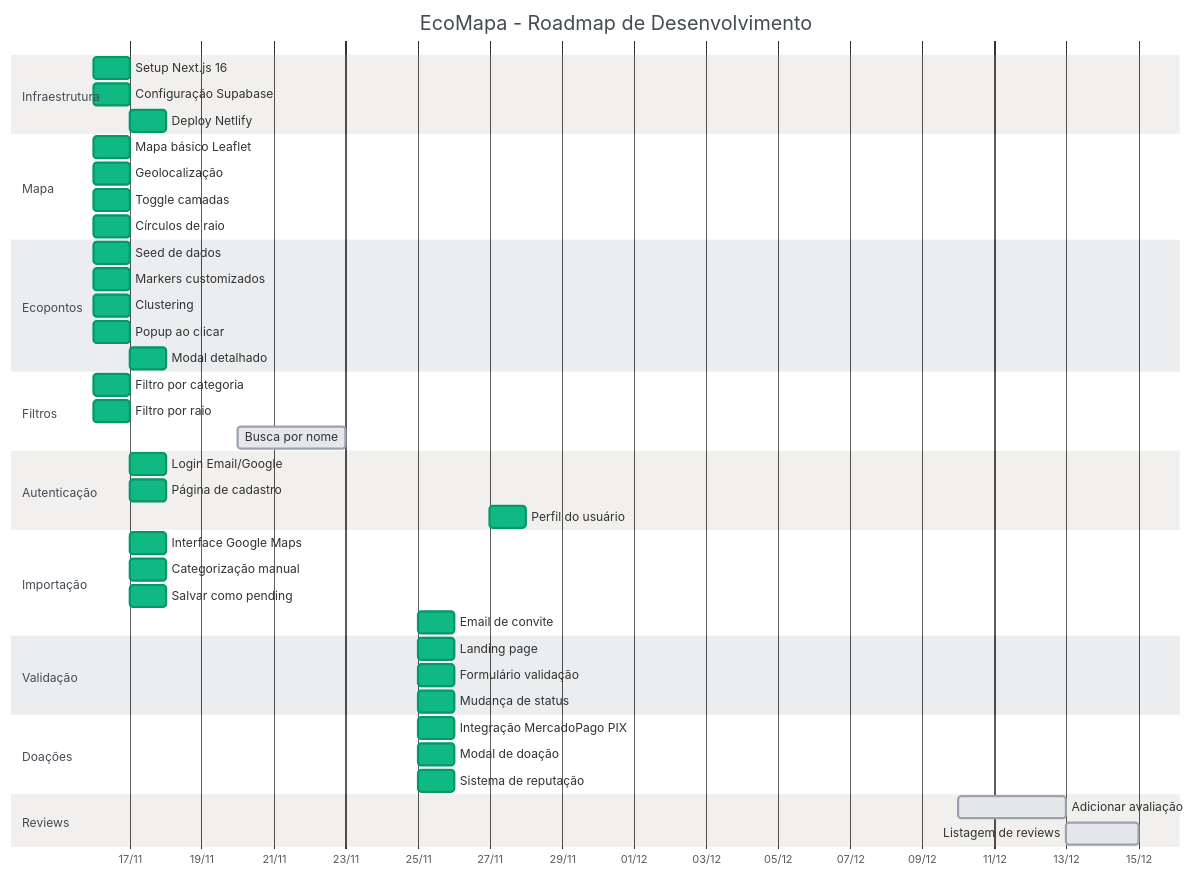
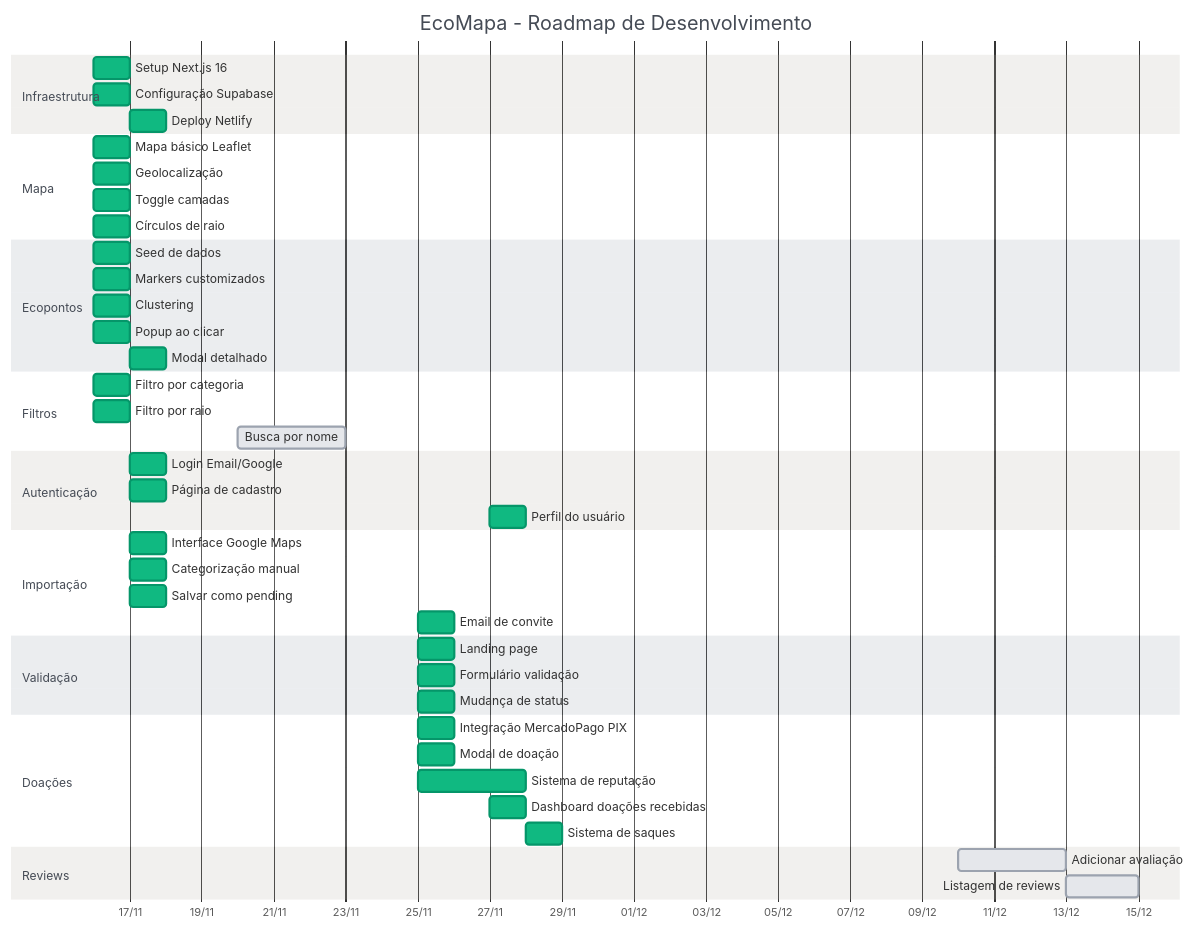
The diagram in TODO.md (julioholon/ecomapa), drawn with Mermaid before and after one commit. The commit also changed other lines of this file and 1 other file, not shown here.

````diff
--- a/TODO.md
+++ b/TODO.md
@@ -1633,67 +1648,69 @@
 ```mermaid
 %%{init: {
   'theme': 'base',
   'themeVariables': {
     'primaryColor': '#9ca3af',
     'primaryBorderColor': '#6b7280',
     'doneTaskBkgColor': '#10b981',
     'doneTaskBorderColor': '#059669',
     'activeTaskBkgColor': '#3b82f6',
     'activeTaskBorderColor': '#2563eb',
     'taskBkgColor': '#e5e7eb',
     'taskBorderColor': '#9ca3af'
   }
 }}%%
 gantt
     title EcoMapa - Roadmap de Desenvolvimento
     dateFormat  YYYY-MM-DD
     axisFormat %d/%m
 
     section Infraestrutura
     Setup Next.js 16           :done, infra1, 2024-11-16, 1d
     Configuração Supabase      :done, infra2, 2024-11-16, 1d
     Deploy Netlify             :done, infra3, 2024-11-17, 1d
 
     section Mapa
     Mapa básico Leaflet        :done, map1, 2024-11-16, 1d
     Geolocalização             :done, map2, 2024-11-16, 1d
     Toggle camadas             :done, map3, 2024-11-16, 1d
     Círculos de raio           :done, map4, 2024-11-16, 1d
 
     section Ecopontos
     Seed de dados              :done, point1, 2024-11-16, 1d
     Markers customizados       :done, point2, 2024-11-16, 1d
     Clustering                 :done, point3, 2024-11-16, 1d
     Popup ao clicar            :done, point4, 2024-11-16, 1d
     Modal detalhado            :done, point5, 2024-11-17, 1d
 
     section Filtros
     Filtro por categoria       :done, filter1, 2024-11-16, 1d
     Filtro por raio            :done, filter2, 2024-11-16, 1d
     Busca por nome             :filter3, 2024-11-20, 3d
 
     section Autenticação
     Login Email/Google         :done, auth1, 2024-11-17, 1d
     Página de cadastro         :done, auth2, 2024-11-17, 1d
     Perfil do usuário          :done, auth3, 2024-11-27, 1d
 
     section Importação
     Interface Google Maps      :done, import1, 2024-11-17, 1d
     Categorização manual       :done, import2, 2024-11-17, 1d
     Salvar como pending        :done, import3, 2024-11-17, 1d
     Email de convite           :done, import4, 2024-11-25, 1d
 
     section Validação
     Landing page               :done, valid1, 2024-11-25, 1d
     Formulário validação       :done, valid2, 2024-11-25, 1d
     Mudança de status          :done, valid3, 2024-11-25, 1d
 
     section Doações
     Integração MercadoPago PIX :done, donation1, 2024-11-25, 1d
     Modal de doação            :done, donation2, 2024-11-25, 1d
-    Sistema de reputação       :done, donation3, 2024-11-25, 1d
+    Sistema de reputação       :done, donation3, 2024-11-25, 3d
+    Dashboard doações recebidas:done, donation4, 2024-11-27, 1d
+    Sistema de saques          :done, donation5, 2024-11-28, 1d
 
     section Reviews
     Adicionar avaliação        :review1, 2024-12-10, 3d
     Listagem de reviews        :review2, 2024-12-13, 2d
 ```
````
